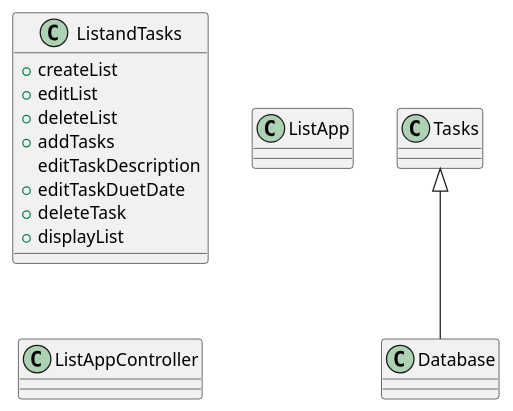
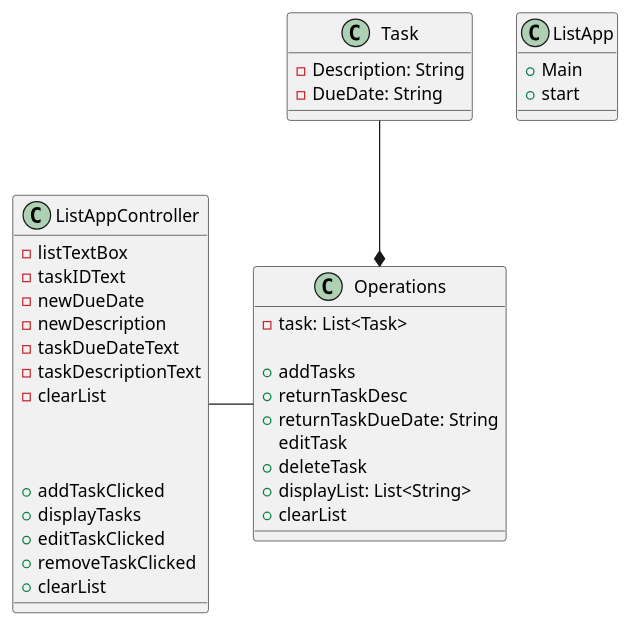
One commit to EmanuelPadro/Padro-app1-impl changed the diagram in Docs/ListApp.puml. Above: the diagram before and after it, drawn with PlantUML.

Commit message:
Simple Puml uploaded

```diff
--- a/Docs/ListApp.puml
+++ b/Docs/ListApp.puml
@@ -1,24 +1,47 @@
 @startuml
 'https://plantuml.com/sequence-diagram
-class Database
-class ListandTasks{
-+createList
-+editList
-+deleteList
-+addTasks
-editTaskDescription
-+editTaskDuetDate
-+deleteTask
-+displayList
-}
 class ListApp{
-
++Main
++start
 }
 class ListAppController{
+-listTextBox
+-taskIDText
+-newDueDate
+-newDescription
+-taskDueDateText
+-taskDescriptionText
+-clearList
+
+
+
++addTaskClicked
++displayTasks
++editTaskClicked
++removeTaskClicked
++clearList
+
+
 
 }
 
-class Tasks
+class Operations{
+-task: List<Task>
 
-Tasks <|-- Database
++addTasks
++returnTaskDesc
++returnTaskDueDate: String
+editTask
++deleteTask
++displayList: List<String>
++clearList
+}
+
+class Task {
+-Description: String
+-DueDate: String
+}
+
+ListAppController - Operations
+Task --* Operations
 @enduml
```
